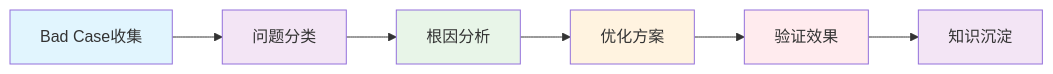
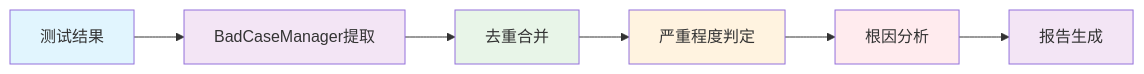
One commit to BighuaBighua/llm-testing-portfolio changed the second of 2 diagrams in knowledge-base/04-最佳实践/Bad Case分析方法论.md. Above: the diagram before and after it, drawn with Mermaid. The commit also changed other lines of this file and 69 other files, not shown here.

````diff
--- a/knowledge-base/04-最佳实践/Bad Case分析方法论.md
+++ b/knowledge-base/04-最佳实践/Bad Case分析方法论.md
@@ -39,15 +33,15 @@
 ```mermaid
 graph LR
-    A[Bad Case收集] --> B[问题分类]
-    B --> C[根因分析]
-    C --> D[优化方案]
-    D --> E[验证效果]
-    E --> F[知识沉淀]
+    A[测试结果] --> B[BadCaseManager提取]
+    B --> C[去重合并]
+    C --> D[严重程度判定]
+    D --> E[根因分析]
+    E --> F[报告生成]
 
     style A fill:#e1f5fe
     style B fill:#f3e5f5
     style C fill:#e8f5e8
     style D fill:#fff3e0
     style E fill:#ffebee
     style F fill:#f3e5f5
 ```
````
